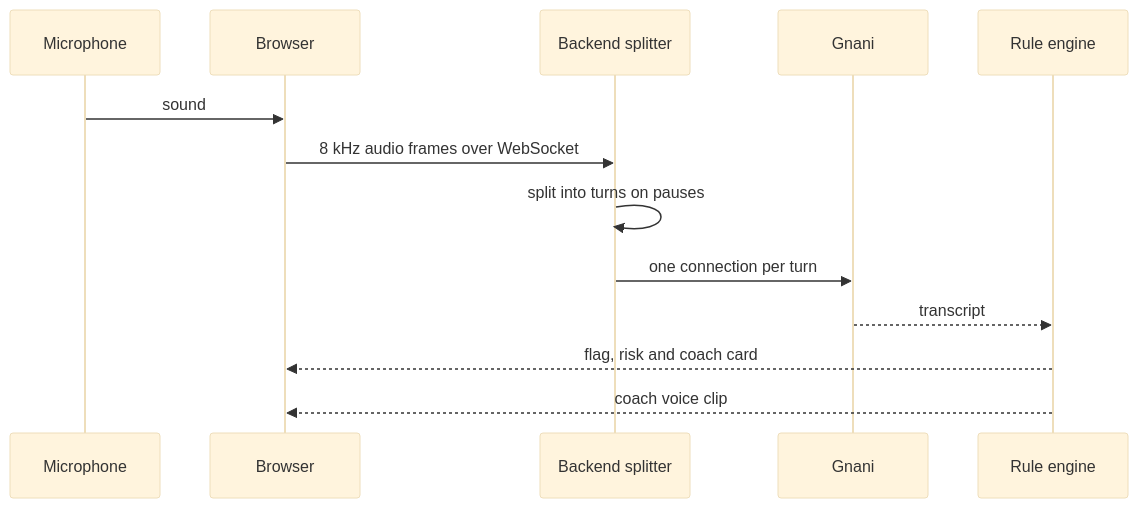
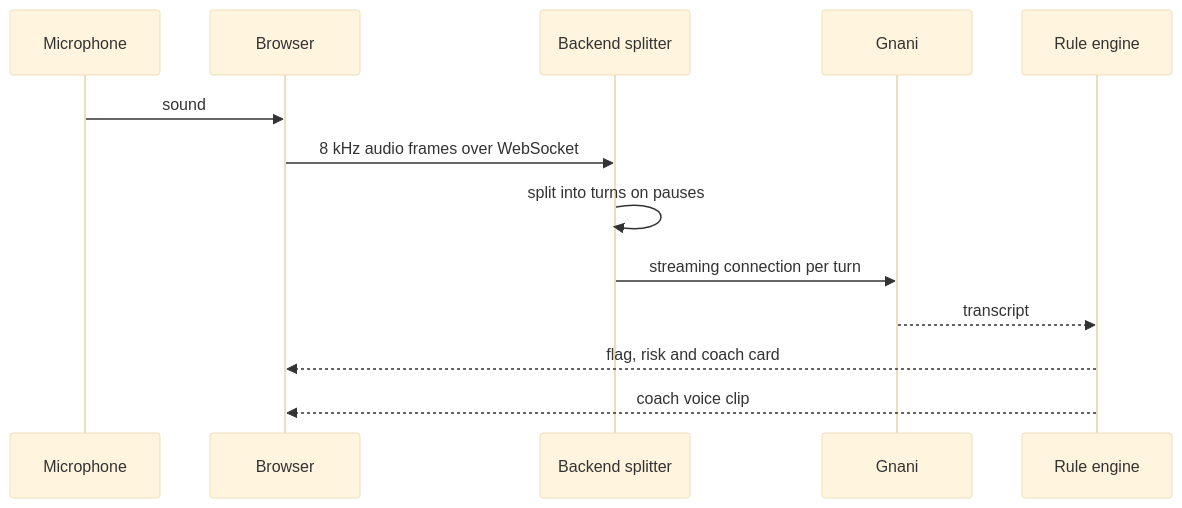
The fourth of 5 diagrams in docs/architecture.md (vineet416/maryada-call-coach), drawn with Mermaid (base theme) before and after one commit. The commit also changed other lines of this file, not shown here.

Commit message:
docs: correct key storage, origin and database wording in the architecture overview

````diff
--- a/docs/architecture.md
+++ b/docs/architecture.md
@@ -82,15 +84,15 @@
 ```mermaid
 sequenceDiagram
     participant M as Microphone
     participant B as Browser
     participant S as Backend splitter
     participant G as Gnani
     participant E as Rule engine
     M->>B: sound
     B->>S: 8 kHz audio frames over WebSocket
     S->>S: split into turns on pauses
-    S->>G: one connection per turn
+    S->>G: streaming connection per turn
     G-->>E: transcript
     E-->>B: flag, risk and coach card
     E-->>B: coach voice clip
 ```
````
